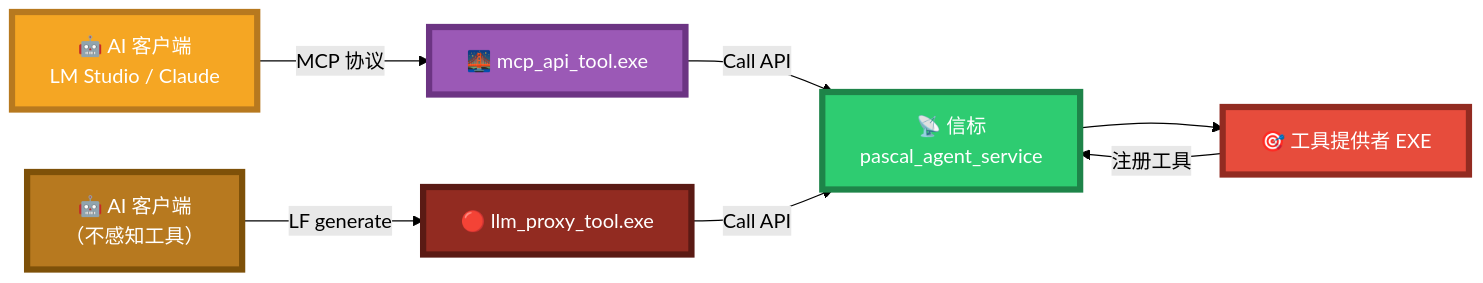
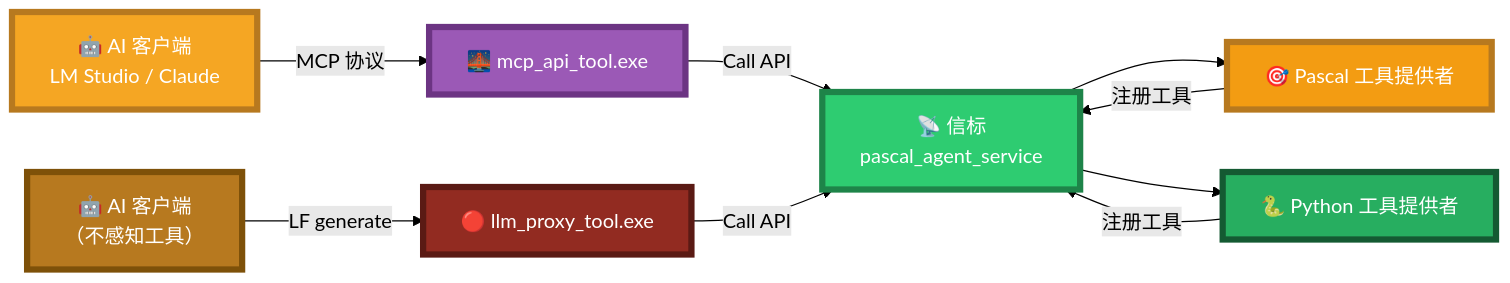
One commit to PassByYou888/LingoFuse-pasAgent changed diagram 37 of 46 in code_generate_mcp.md. Above: the diagram before and after it, drawn with Mermaid (forest theme). The commit also changed other lines of this file, not shown here.

````diff
--- a/code_generate_mcp.md
+++ b/code_generate_mcp.md
@@ -660,16 +1187,19 @@
 ```mermaid
 flowchart LR
-    Beacon["📡 信标<br/>pascal_agent_service"] --> EXE["🎯 工具提供者 EXE"]
-    EXE -->|注册工具| Beacon
+    Beacon["📡 信标<br/>pascal_agent_service"] --> EXEP["🎯 Pascal 工具提供者"]
+    Beacon --> EXEPy["🐍 Python 工具提供者"]
+    EXEP -->|注册工具| Beacon
+    EXEPy -->|注册工具| Beacon
     MCP["🌉 mcp_api_tool.exe"] -->|Call API| Beacon
     LTB["🔴 llm_proxy_tool.exe"] -->|Call API| Beacon
     AI["🤖 AI 客户端<br/>LM Studio / Claude"] -->|MCP 协议| MCP
     AI2["🤖 AI 客户端<br/>（不感知工具）"] -->|LF generate| LTB
 
-    style EXE fill:#E74C3C,stroke:#922B21,stroke-width:5px,color:#FFFFFF
+    style EXEP fill:#F39C12,stroke:#B7791F,stroke-width:5px,color:#FFFFFF
+    style EXEPy fill:#27AE60,stroke:#145A32,stroke-width:5px,color:#FFFFFF
     style Beacon fill:#2ECC71,stroke:#1E8449,stroke-width:5px,color:#FFFFFF
     style MCP fill:#9B59B6,stroke:#6C3483,stroke-width:5px,color:#FFFFFF
     style LTB fill:#922B21,stroke:#5A1A14,stroke-width:5px,color:#FFFFFF
     style AI fill:#F5A623,stroke:#B7791F,stroke-width:5px,color:#FFFFFF
     style AI2 fill:#B7791F,stroke:#7E5109,stroke-width:5px,color:#FFFFFF
 ```
````
